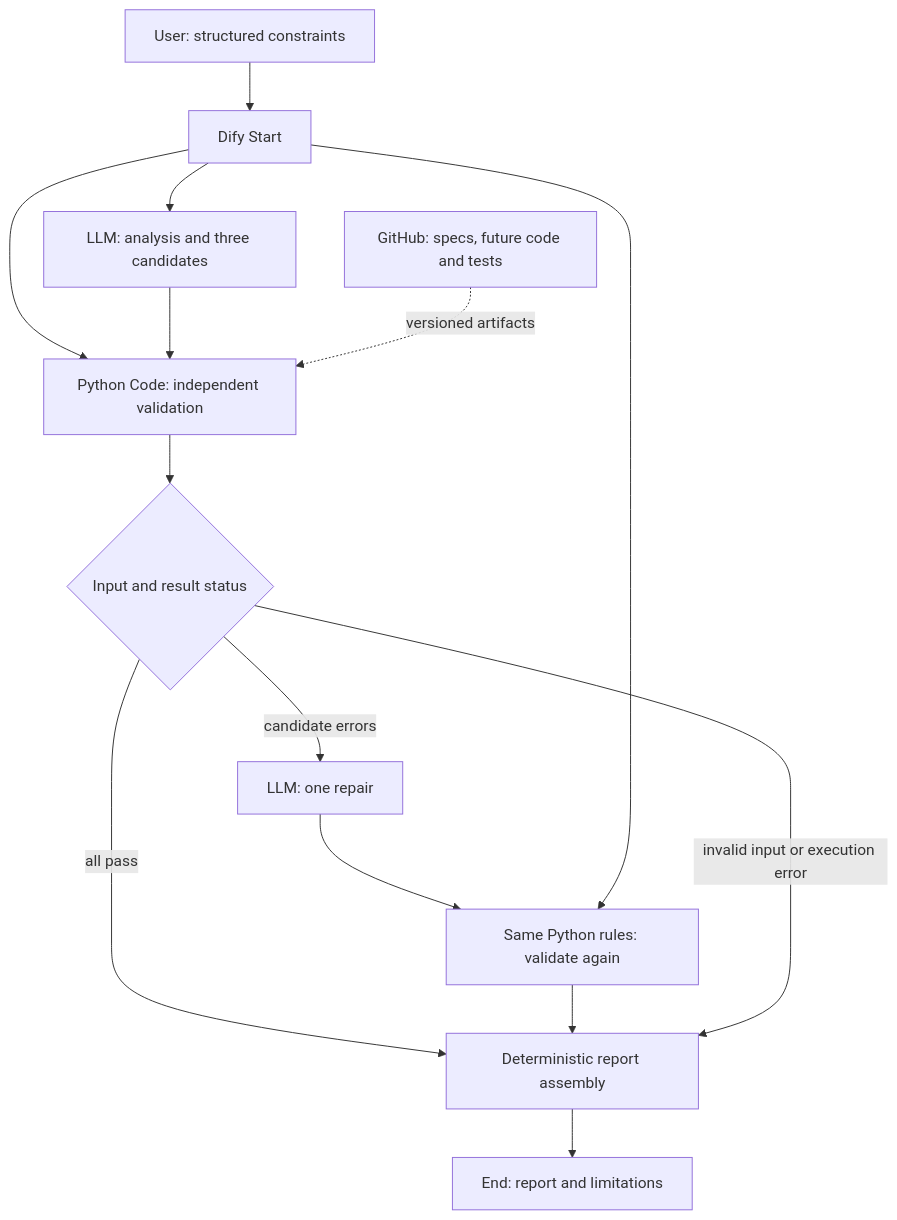
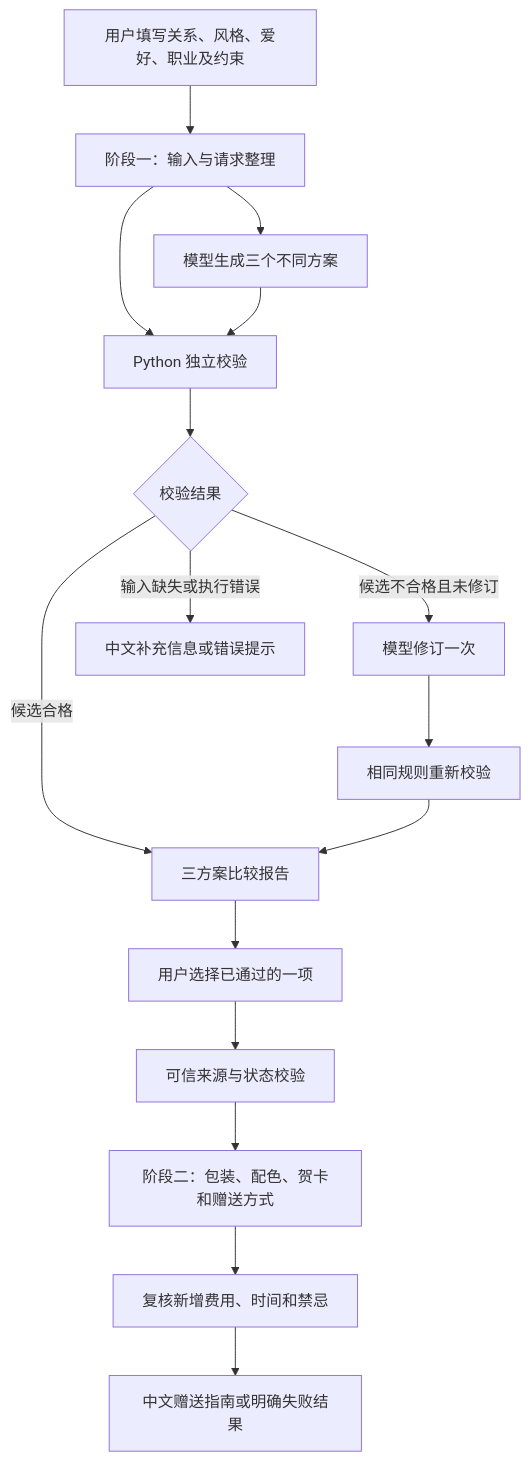
One commit to sunnyyang0822-stack/GiftWise-AI changed the first of 2 diagrams in docs/architecture.md. Above: the diagram before and after it, drawn with Mermaid. The commit also changed other lines of this file and 10 other files, not shown here.

````diff
--- a/docs/architecture.md
+++ b/docs/architecture.md
@@ -11,16 +15,18 @@
 ```mermaid
 flowchart TD
-    U[User: structured constraints] --> S[Dify Start]
-    S --> G[LLM: analysis and three candidates]
-    S --> V[Python Code: independent validation]
+    U[用户填写关系、风格、爱好、职业及约束] --> S[阶段一：输入与请求整理]
+    S --> G[模型生成三个不同方案]
+    S --> V[Python 独立校验]
     G --> V
-    V --> B{Input and result status}
-    B -->|all pass| O[Deterministic report assembly]
-    B -->|candidate errors| R[LLM: one repair]
-    R --> V2[Same Python rules: validate again]
-    S --> V2
+    V --> B{校验结果}
+    B -->|候选合格| O[三方案比较报告]
+    B -->|候选不合格且未修订| R[模型修订一次]
+    R --> V2[相同规则重新校验]
     V2 --> O
-    B -->|invalid input or execution error| O
-    O --> E[End: report and limitations]
-    GH[GitHub: specs, future code and tests] -. versioned artifacts .-> V
+    B -->|输入缺失或执行错误| E[中文补充信息或错误提示]
+    O --> C[用户选择已通过的一项]
+    C --> T[可信来源与状态校验]
+    T --> P[阶段二：包装、配色、贺卡和赠送方式]
+    P --> K[复核新增费用、时间和禁忌]
+    K --> F[中文赠送指南或明确失败结果]
 ```
````
